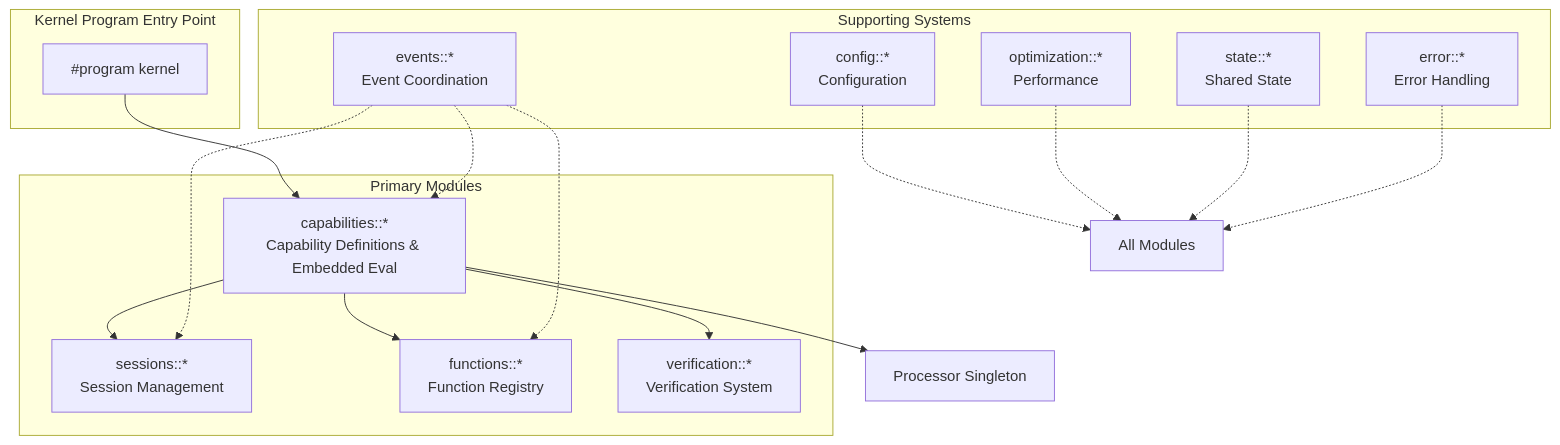
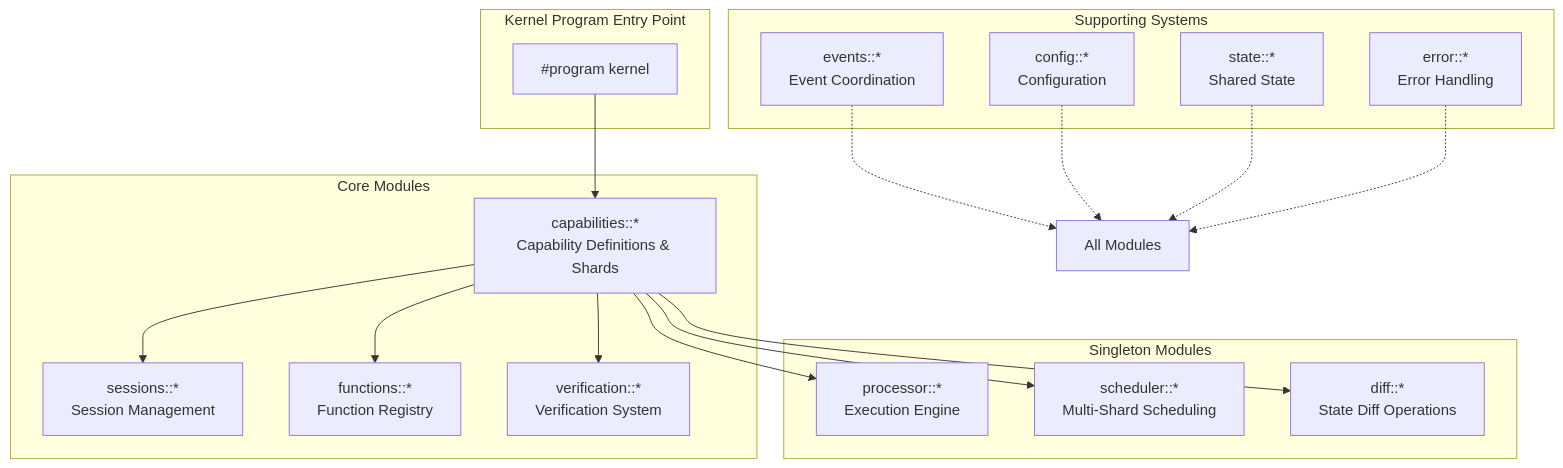
Before and after one commit to timewave-computer/valence-solana: the first of 6 diagrams in docs/002-unified-kernel.md, drawn with Mermaid. The commit also changed other lines of this file and 70 other files, not shown here.

````diff
--- a/docs/002-unified-kernel.md
+++ b/docs/002-unified-kernel.md
@@ -7,36 +7,39 @@
 ```mermaid
 graph TB
     subgraph "Kernel Program Entry Point"
         Program[#program kernel]
     end
     
-    subgraph "Primary Modules"
-        Capabilities[capabilities::*<br/>Capability Definitions & Embedded Eval]
+    subgraph "Core Modules"
+        Capabilities[capabilities::*<br/>Capability Definitions & Shards]
         Sessions[sessions::*<br/>Session Management]
         Functions[functions::*<br/>Function Registry]
         Verification[verification::*<br/>Verification System]
     end
     
+    subgraph "Singleton Modules"
+        Processor[processor::*<br/>Execution Engine]
+        Scheduler[scheduler::*<br/>Multi-Shard Scheduling]
+        Diff[diff::*<br/>State Diff Operations]
+    end
+    
     subgraph "Supporting Systems"
         Events[events::*<br/>Event Coordination]
         Config[config::*<br/>Configuration]
-        Optimization[optimization::*<br/>Performance]
         State[state::*<br/>Shared State]
         Error[error::*<br/>Error Handling]
     end
     
     Program --> Capabilities
     Capabilities --> Sessions
     Capabilities --> Functions
     Capabilities --> Verification
-    Capabilities --> Processor[Processor Singleton]
+    Capabilities --> Processor
+    Capabilities --> Scheduler
+    Capabilities --> Diff
     
-    Events -.-> Capabilities
-    Events -.-> Sessions
-    Events -.-> Functions
-    
-    Config -.-> All[All Modules]
-    Optimization -.-> All
+    Events -.-> All[All Modules]
+    Config -.-> All
     State -.-> All
     Error -.-> All
 ```
````
